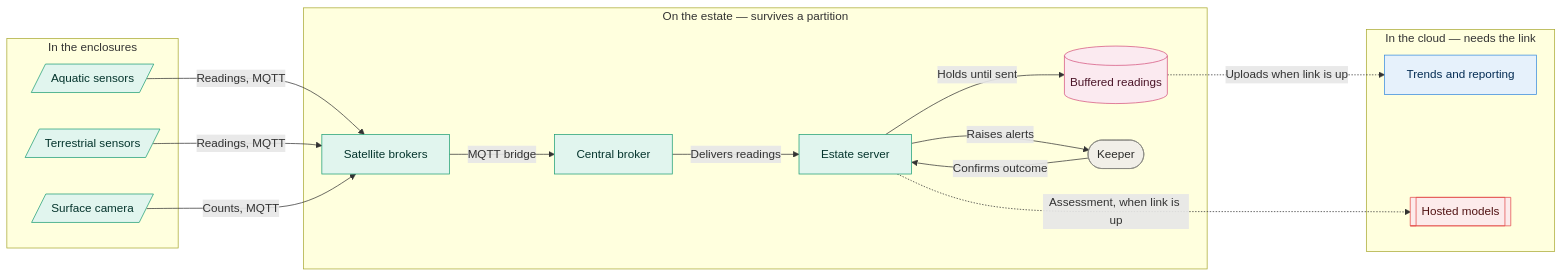
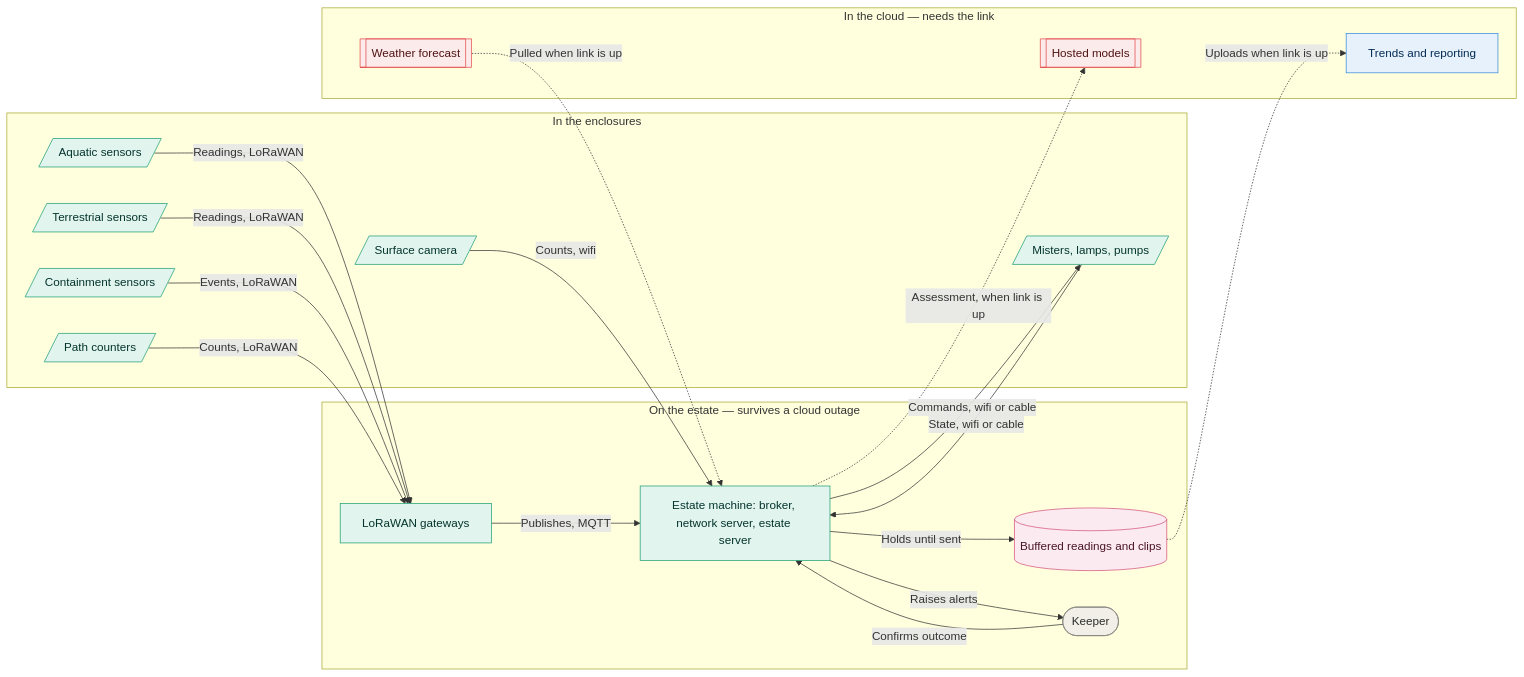
Before and after one commit to Humanberto/architectural-katas-2026: the first of 2 diagrams in docs/diagrams/04-edge-connectivity.md, drawn with Mermaid. The commit also changed other lines of this file and 2 other files, not shown here.

Commit message:
docs: update diagrams 04 and 05 for 041 and 047, add 06

````diff
--- a/docs/diagrams/04-edge-connectivity.md
+++ b/docs/diagrams/04-edge-connectivity.md
@@ -6,51 +6,57 @@
 ```mermaid
 flowchart LR
 
   subgraph enclosures["In the enclosures"]
     aq[/Aquatic sensors/]
     terr[/Terrestrial sensors/]
+    door[/Containment sensors/]
+    counters[/Path counters/]
     cam[/Surface camera/]
+    kit[/Misters, lamps, pumps/]
   end
 
-  subgraph estate["On the estate — survives a partition"]
-    sat[Satellite brokers]
-    central[Central broker]
-    server[Estate server]
-    local[(Buffered readings)]
+  subgraph estate["On the estate — survives a cloud outage"]
+    gw[LoRaWAN gateways]
+    box[Estate machine: broker, network server, estate server]
+    local[(Buffered readings and clips)]
     keeper([Keeper])
   end
 
   subgraph cloud["In the cloud — needs the link"]
     analytics[Trends and reporting]
+    forecast[[Weather forecast]]
     hosted[[Hosted models]]
   end
 
-  aq -->|Readings, MQTT| sat
-  terr -->|Readings, MQTT| sat
-  cam -->|Counts, MQTT| sat
+  aq -->|Readings, LoRaWAN| gw
+  terr -->|Readings, LoRaWAN| gw
+  door -->|Events, LoRaWAN| gw
+  counters -->|Counts, LoRaWAN| gw
+  cam -->|Counts, wifi| box
+  kit -->|State, wifi or cable| box
+  box -->|Commands, wifi or cable| kit
 
-  sat -->|MQTT bridge| central
-  central -->|Delivers readings| server
-  server -->|Holds until sent| local
-
-  server -->|Raises alerts| keeper
-  keeper -->|Confirms outcome| server
+  gw -->|Publishes, MQTT| box
+  box -->|Holds until sent| local
+  box -->|Raises alerts| keeper
+  keeper -->|Confirms outcome| box
 
   local -.->|Uploads when link is up| analytics
-  server -.->|Assessment, when link is up| hosted
+  forecast -.->|Pulled when link is up| box
+  box -.->|Assessment, when link is up| hosted
 
   classDef t1 fill:#EAF3DE,stroke:#639922,color:#173404
   classDef t2 fill:#FAEEDA,stroke:#BA7517,color:#412402
   classDef t3 fill:#EEEDFE,stroke:#7F77DD,color:#26215C
   classDef edge fill:#E1F5EE,stroke:#1D9E75,color:#04342C
   classDef cloud fill:#E6F1FB,stroke:#378ADD,color:#042C53
   classDef human fill:#F1EFE8,stroke:#888780,color:#2C2C2A
   classDef store fill:#FBEAF0,stroke:#D4537E,color:#4B1528
   classDef ext fill:#FCEBEB,stroke:#E24B4A,color:#501313
 
-  class aq,terr,cam,sat,central,server edge
+  class aq,terr,door,counters,cam,kit,gw,box edge
   class local store
   class keeper human
   class analytics cloud
-  class hosted ext
+  class forecast,hosted ext
 ```
````
